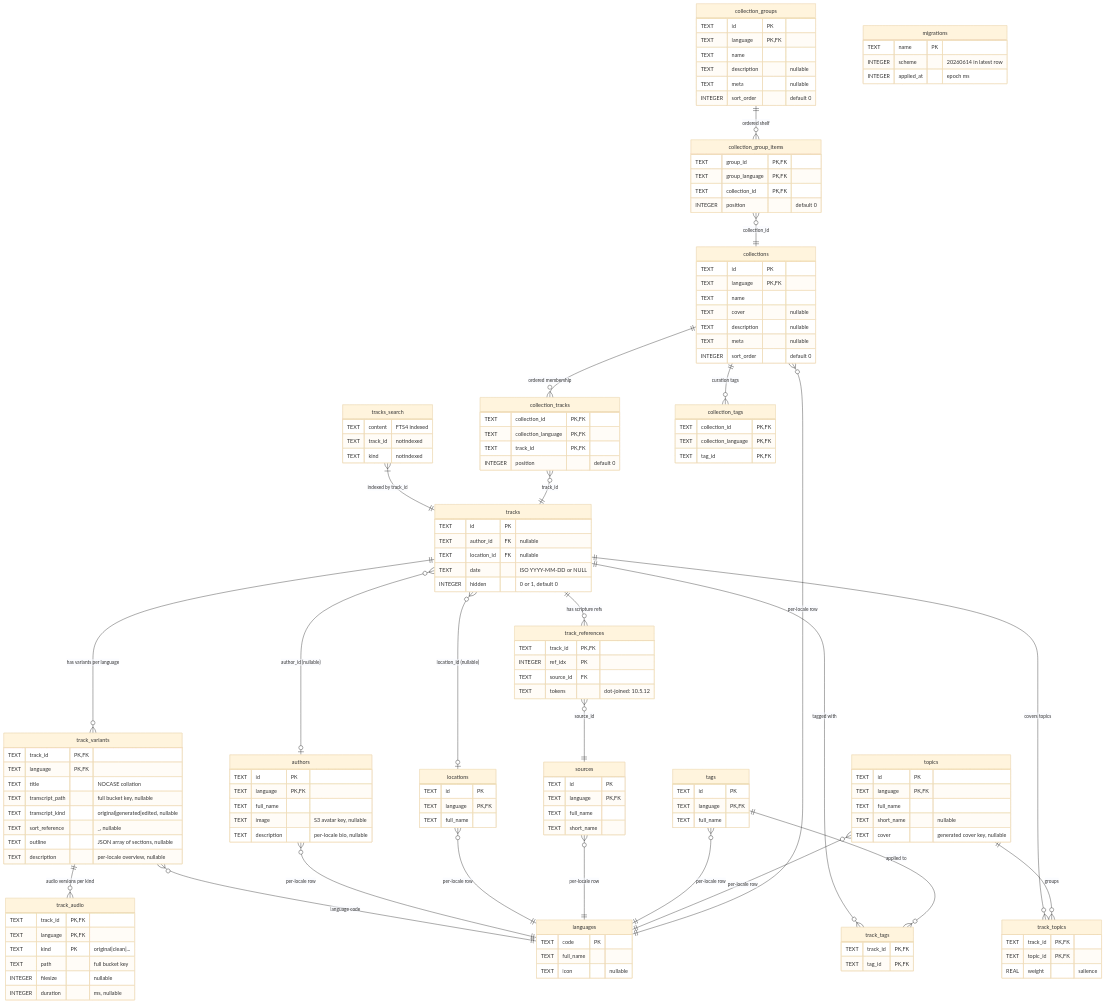
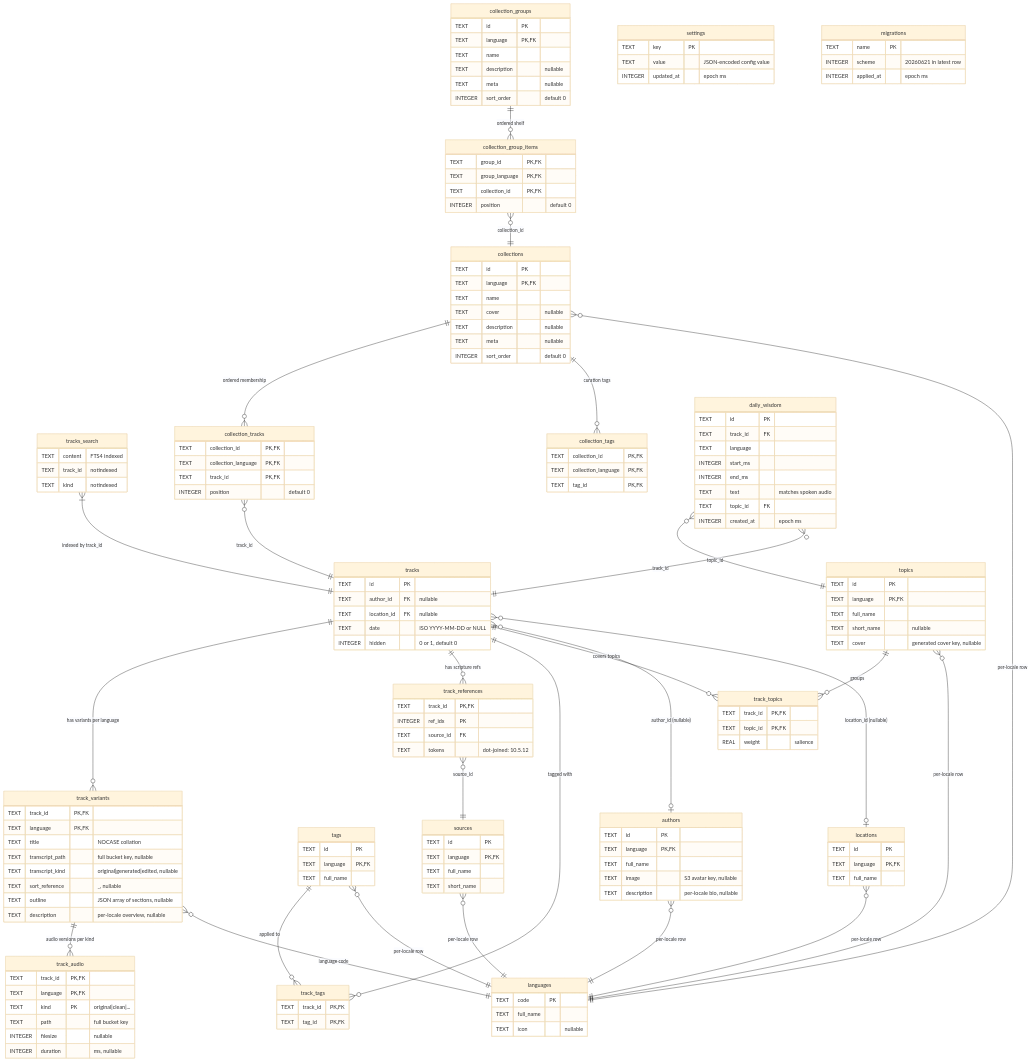
Before and after one commit to jiva-studio/shruti: the first of 2 diagrams in docs/repos/shruti/db/er-diagram.md, drawn with Mermaid (base theme). The commit also changed other lines of this file and 4 other files, not shown here.

````diff
--- a/docs/repos/shruti/db/er-diagram.md
+++ b/docs/repos/shruti/db/er-diagram.md
@@ -31,6 +31,8 @@
     collections }o--|| languages : "per-locale row"
     collection_tracks }o--|| tracks : "track_id"
     collection_group_items }o--|| collections : "collection_id"
+    daily_wisdom }o--|| topics : "topic_id"
+    daily_wisdom }o--|| tracks : "track_id"
 
     tracks {
         TEXT     id PK
@@ -164,9 +166,26 @@
         INTEGER  position "default 0"
     }
 
+    settings {
+        TEXT     key PK
+        TEXT     value "JSON-encoded config value"
+        INTEGER  updated_at "epoch ms"
+    }
+
+    daily_wisdom {
+        TEXT     id PK
+        TEXT     track_id FK
+        TEXT     language
+        INTEGER  start_ms
+        INTEGER  end_ms
+        TEXT     text "matches spoken audio"
+        TEXT     topic_id FK
+        INTEGER  created_at "epoch ms"
+    }
+
     migrations {
         TEXT     name PK
-        INTEGER  scheme "20260614 in latest row"
+        INTEGER  scheme "20260621 in latest row"
         INTEGER  applied_at "epoch ms"
     }
 ```
````
